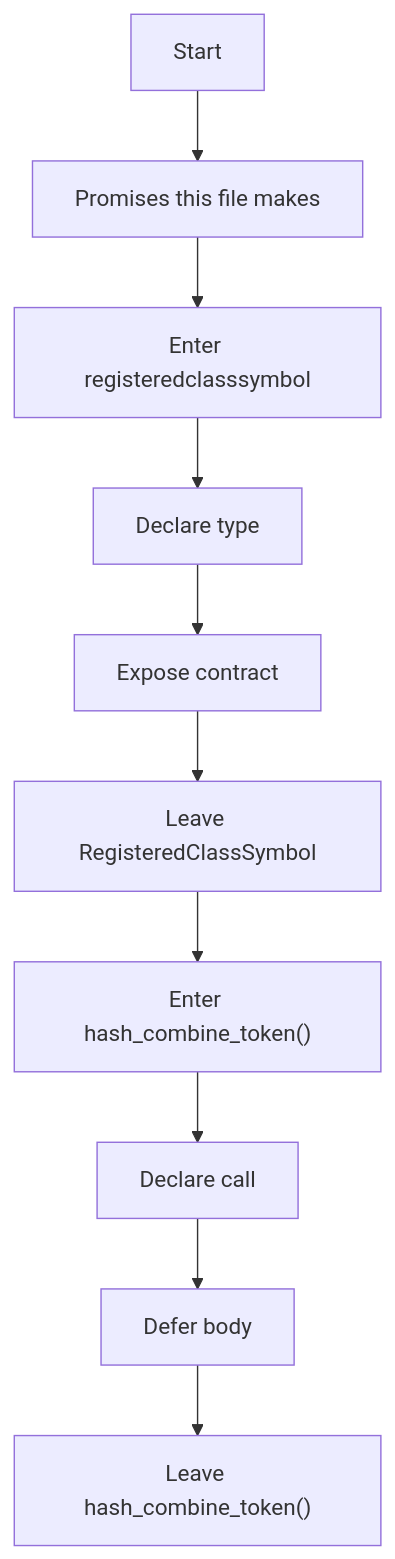
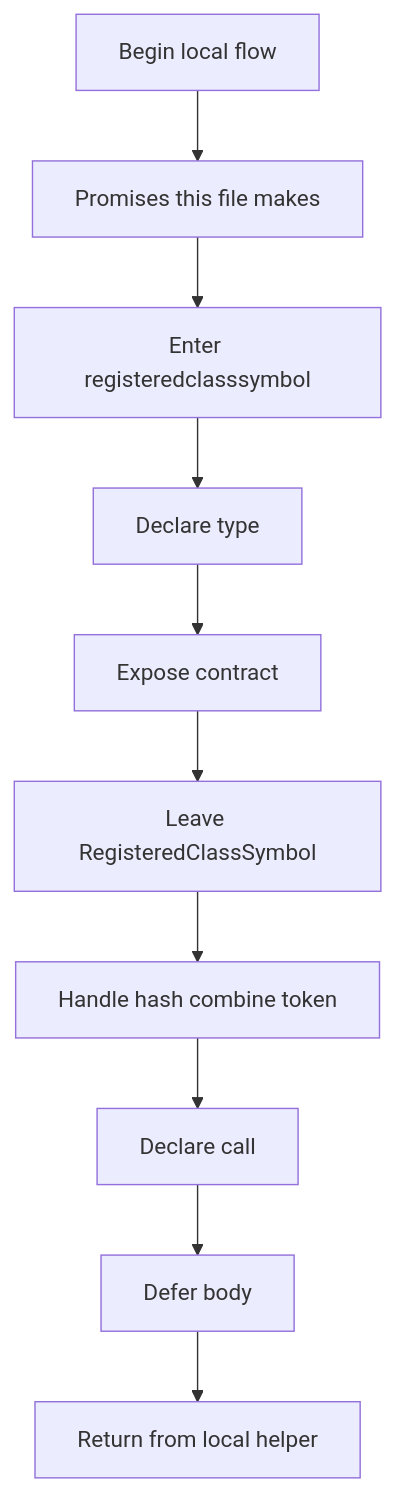
One commit to JohnAndrewBalbarosa/NeoTerritory changed the first of 8 diagrams in docs/Codebase/Microservice/Modules/Header/SyntacticBrokenAST/Trees/Actual/Internal/Flow/parse_tree_internal_program_flow_01.hpp.md. Above: the diagram before and after it, drawn with Mermaid. The commit also changed other lines of this file and 925 other files, not shown here.

````diff
--- a/docs/Codebase/Microservice/Modules/Header/SyntacticBrokenAST/Trees/Actual/Internal/Flow/parse_tree_internal_program_flow_01.hpp.md
+++ b/docs/Codebase/Microservice/Modules/Header/SyntacticBrokenAST/Trees/Actual/Internal/Flow/parse_tree_internal_program_flow_01.hpp.md
@@ -15,22 +15,22 @@
 ```mermaid
 flowchart TD
-    N0["Start"]
+    N0["Begin local flow"]
     N1["Promises this file makes"]
     N2["Enter registeredclasssymbol"]
     N3["Declare type"]
     N4["Expose contract"]
     N5["Leave RegisteredClassSymbol"]
-    N6["Enter hash_combine_token()"]
+    N6["Handle hash combine token"]
     N7["Declare call"]
     N8["Defer body"]
-    N9["Leave hash_combine_token()"]
+    N9["Return from local helper"]
     N0 --> N1
     N1 --> N2
     N2 --> N3
     N3 --> N4
     N4 --> N5
     N5 --> N6
     N6 --> N7
     N7 --> N8
     N8 --> N9
 ```
````
